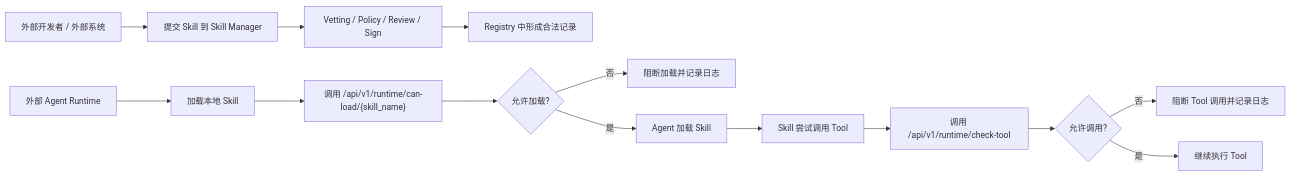
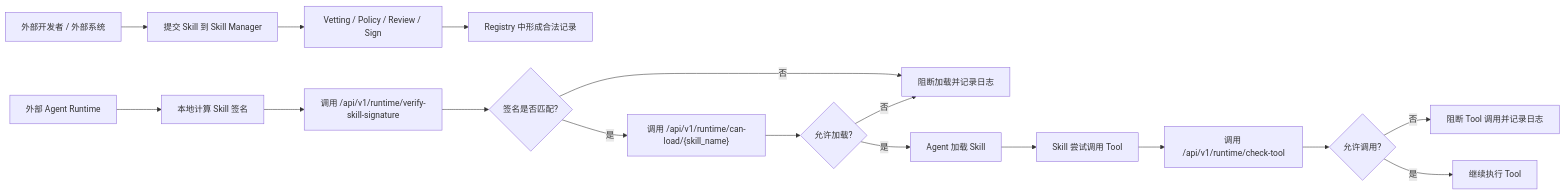
One commit to HuangLuGuang/skill-manager changed the first of 3 diagrams in docs/external-agent-integration.md. Above: the diagram before and after it, drawn with Mermaid. The commit also changed other lines of this file and 45 other files, not shown here.

````diff
--- a/docs/external-agent-integration.md
+++ b/docs/external-agent-integration.md
@@ -18,18 +18,21 @@
 ```mermaid
 flowchart LR
     A["外部开发者 / 外部系统"] --> B["提交 Skill 到 Skill Manager"]
     B --> C["Vetting / Policy / Review / Sign"]
     C --> D["Registry 中形成合法记录"]
 
-    E["外部 Agent Runtime"] --> F["加载本地 Skill"]
-    F --> G["调用 /api/v1/runtime/can-load/{skill_name}"]
-    G --> H{"允许加载?"}
+    E["外部 Agent Runtime"] --> F["本地计算 Skill 签名"]
+    F --> G["调用 /api/v1/runtime/verify-skill-signature"]
+    G --> H{"签名是否匹配?"}
     H -- "否" --> I["阻断加载并记录日志"]
-    H -- "是" --> J["Agent 加载 Skill"]
+    H -- "是" --> J["调用 /api/v1/runtime/can-load/{skill_name}"]
+    J --> K{"允许加载?"}
+    K -- "否" --> I["阻断加载并记录日志"]
+    K -- "是" --> L["Agent 加载 Skill"]
 
-    J --> K["Skill 尝试调用 Tool"]
-    K --> L["调用 /api/v1/runtime/check-tool"]
-    L --> M{"允许调用?"}
-    M -- "否" --> N["阻断 Tool 调用并记录日志"]
-    M -- "是" --> O["继续执行 Tool"]
+    L --> M["Skill 尝试调用 Tool"]
+    M --> N["调用 /api/v1/runtime/check-tool"]
+    N --> O{"允许调用?"}
+    O -- "否" --> P["阻断 Tool 调用并记录日志"]
+    O -- "是" --> Q["继续执行 Tool"]
 ```
````
